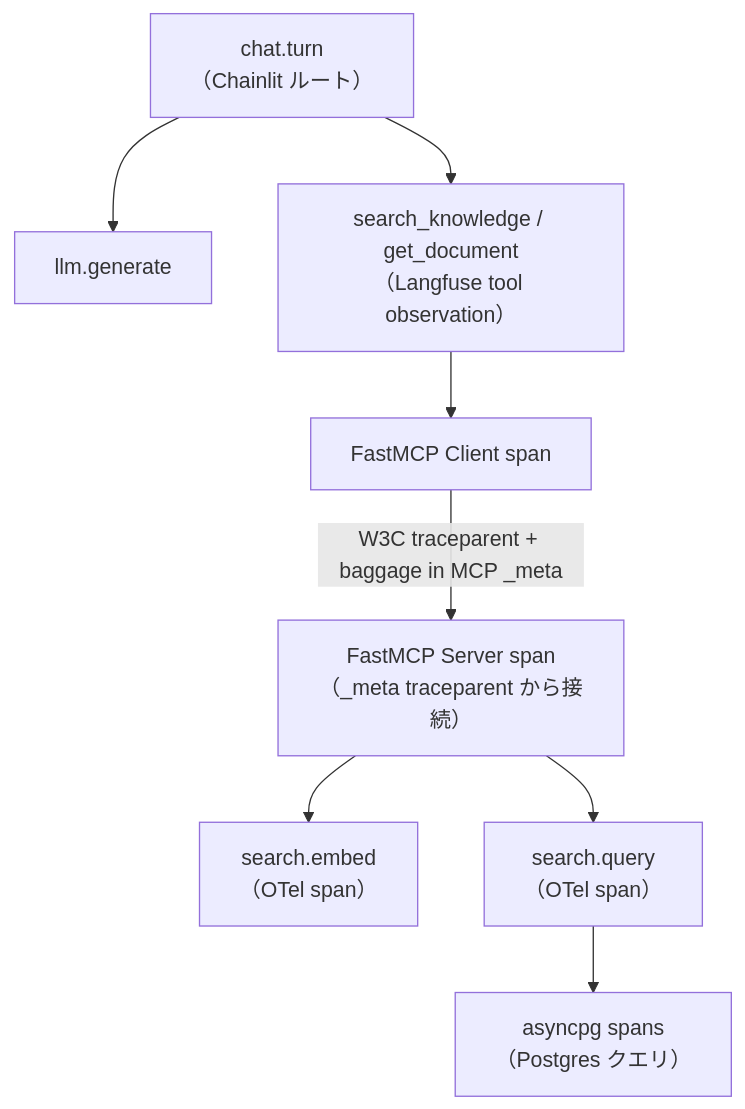
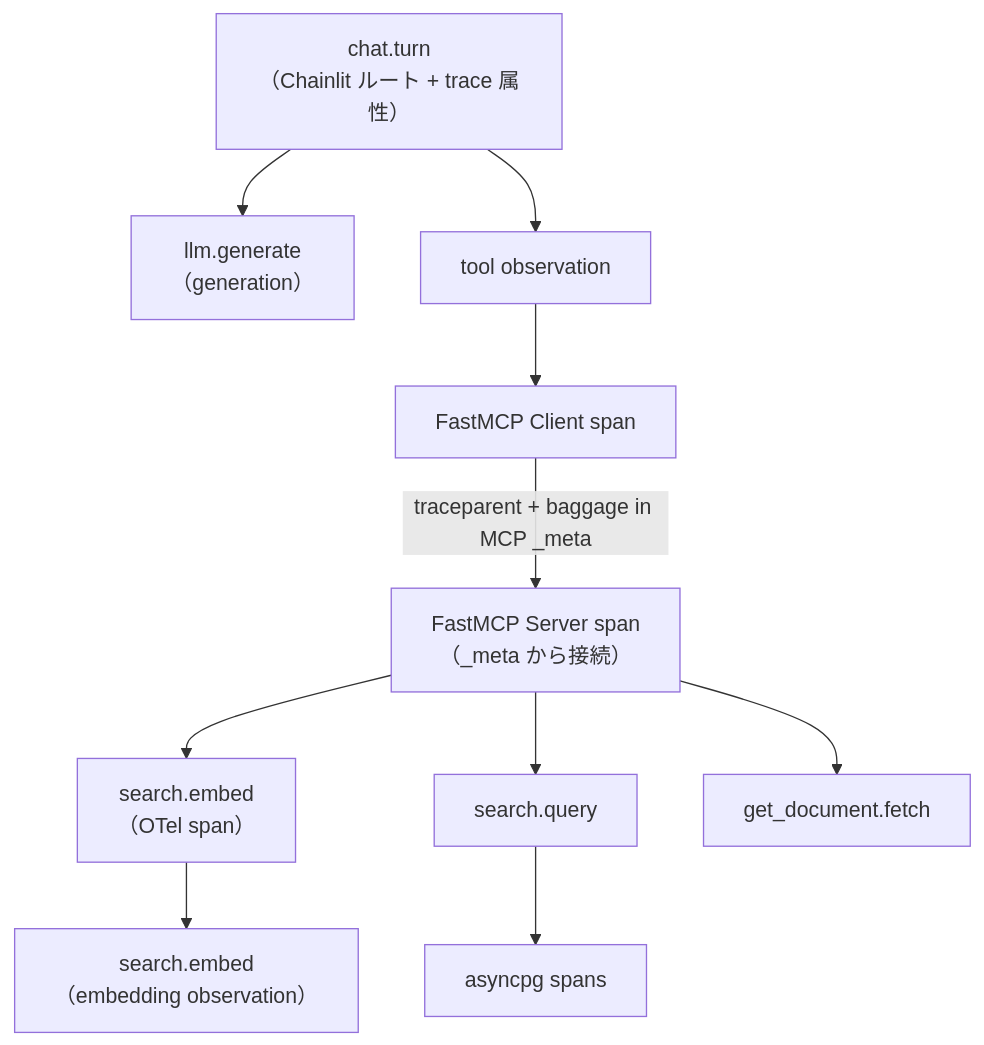
The second of 2 diagrams in docs/current/architecture.md (s-kodani/template-ai-coding), drawn with Mermaid before and after one commit. The commit also changed other lines of this file and 23 other files, not shown here.

First line of the commit message:
feat(tracing): Langfuse OTEL メタデータ一通り対応 (#62)

````diff
--- a/docs/current/architecture.md
+++ b/docs/current/architecture.md
@@ -109,19 +111,23 @@
 ```mermaid
 flowchart TD
-    chat["chat.turn<br/>（Chainlit ルート）"]
-    llm["llm.generate"]
-    tool["search_knowledge / get_document<br/>（Langfuse tool observation）"]
+    chat["chat.turn<br/>（Chainlit ルート + trace 属性）"]
+    llm["llm.generate<br/>（generation）"]
+    tool["tool observation"]
     client["FastMCP Client span"]
-    server["FastMCP Server span<br/>（_meta traceparent から接続）"]
-    embed["search.embed<br/>（OTel span）"]
-    query["search.query<br/>（OTel span）"]
-    db["asyncpg spans<br/>（Postgres クエリ）"]
+    server["FastMCP Server span<br/>（_meta から接続）"]
+    embed_otel["search.embed<br/>（OTel span）"]
+    embed_lf["search.embed<br/>（embedding observation）"]
+    query["search.query"]
+    fetch["get_document.fetch"]
+    db["asyncpg spans"]
 
     chat --> llm
     chat --> tool
     tool --> client
-    client -->|"W3C traceparent + baggage in MCP _meta"| server
-    server --> embed
+    client -->|"traceparent + baggage in MCP _meta"| server
+    server --> embed_otel
+    embed_otel --> embed_lf
     server --> query
+    server --> fetch
     query --> db
 ```
````
